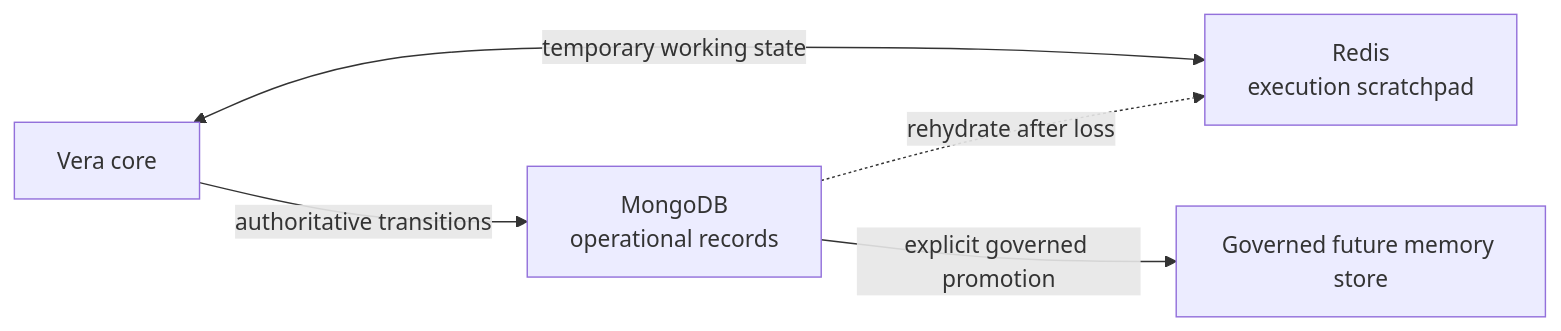
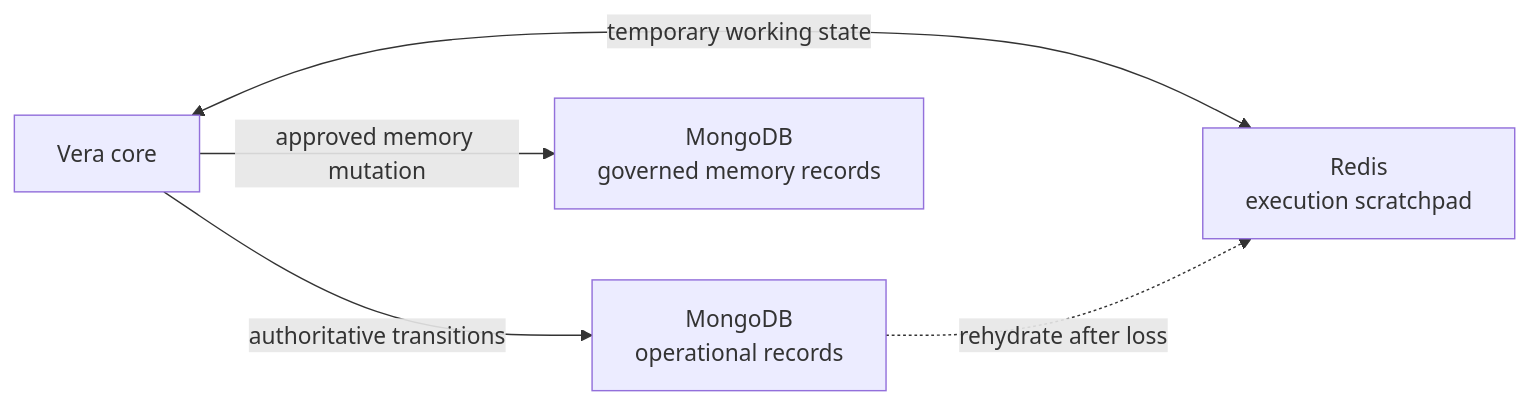
One commit to 4romgod/vera changed the third of 4 diagrams in docs/memory-and-context.md. Above: the diagram before and after it, drawn with Mermaid. The commit also changed other lines of this file and 70 other files, not shown here.

Commit message:
feat(assistant): add governed memory and universal frontend (#17)

````diff
--- a/docs/memory-and-context.md
+++ b/docs/memory-and-context.md
@@ -310,7 +329,7 @@
 ```mermaid
 flowchart LR
     CORE["Vera core"] -->|"authoritative transitions"| OPS["MongoDB<br/>operational records"]
     CORE <-->|"temporary working state"| WORK["Redis<br/>execution scratchpad"]
     OPS -. "rehydrate after loss" .-> WORK
-    OPS -->|"explicit governed promotion"| MEMORY["Governed future memory store"]
+    CORE -->|"approved memory mutation"| MEMORY["MongoDB<br/>governed memory records"]
 ```
````
